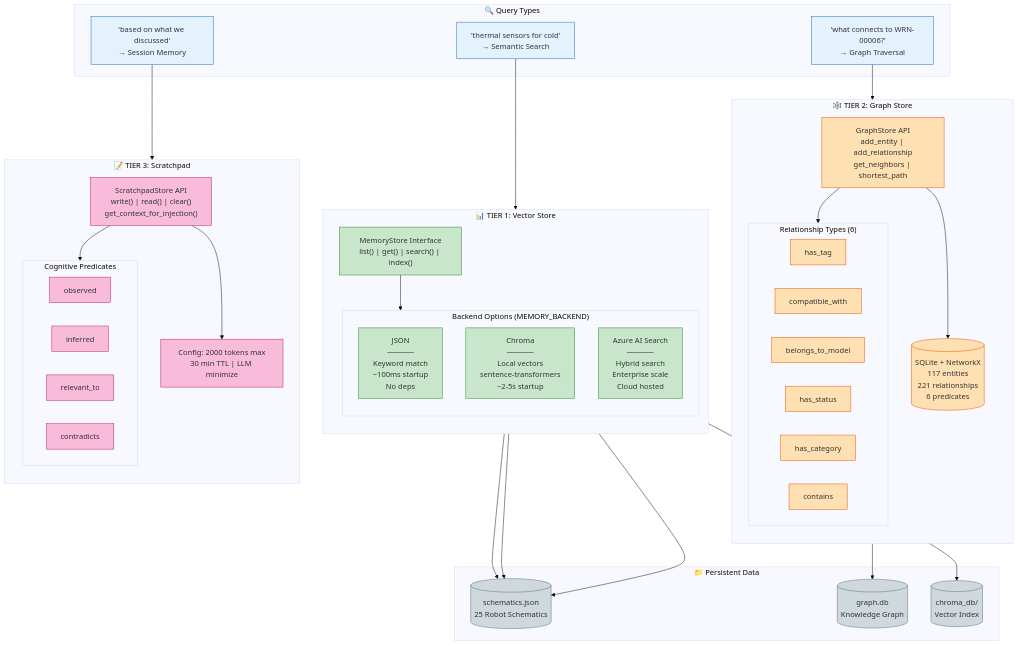
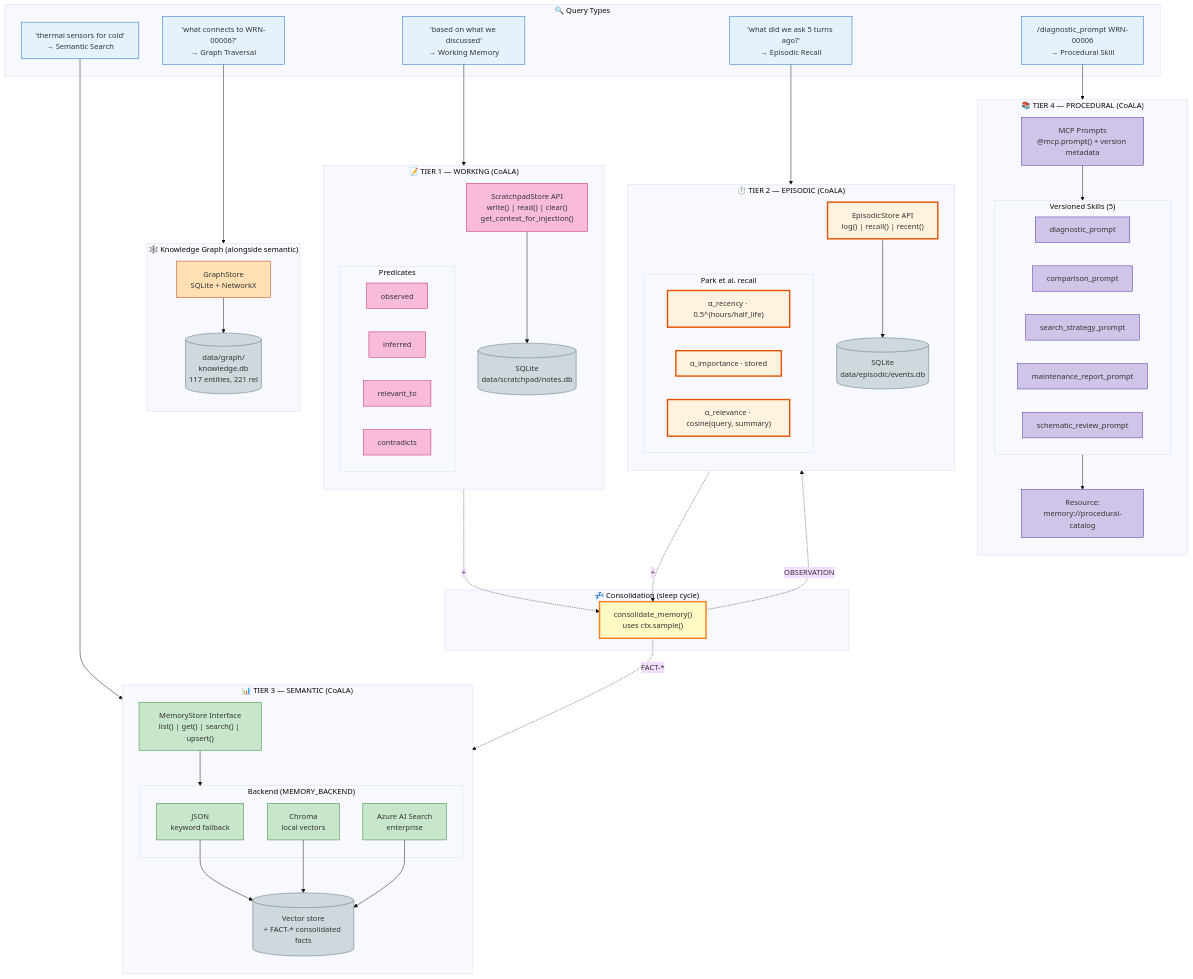
One commit to pythontime/context-engineering changed the diagram in docs/diagrams/schematica-memory-architecture.mmd. Above: the diagram before and after it, drawn with Mermaid. The commit also changed 15 other files, not shown here.

First line of the commit message:
Refresh docs + diagrams + MCP client configs to match the CoALA refit

```diff
--- a/docs/diagrams/schematica-memory-architecture.mmd
+++ b/docs/diagrams/schematica-memory-architecture.mmd
@@ -1,78 +1,106 @@
 %%{init: {'theme': 'base'}}%%
 flowchart TB
     subgraph Queries["🔍 Query Types"]
-        Q1["'thermal sensors for cold'\n→ Semantic Search"]
-        Q2["'what connects to WRN-00006?'\n→ Graph Traversal"]
-        Q3["'based on what we discussed'\n→ Session Memory"]
+        Q1["'thermal sensors for cold'<br/>→ Semantic Search"]
+        Q2["'what connects to WRN-00006?'<br/>→ Graph Traversal"]
+        Q3["'based on what we discussed'<br/>→ Working Memory"]
+        Q4["'what did we ask 5 turns ago?'<br/>→ Episodic Recall"]
+        Q5["/diagnostic_prompt WRN-00006<br/>→ Procedural Skill"]
     end
 
-    subgraph Vector["📊 TIER 1: Vector Store"]
+    subgraph Working["📝 TIER 1 — WORKING (CoALA)"]
         direction TB
-        subgraph Backends["Backend Options (MEMORY_BACKEND)"]
-            JSON["JSON\n─────\nKeyword match\n~100ms startup\nNo deps"]
-            CHROMA["Chroma\n─────\nLocal vectors\nsentence-transformers\n~2-5s startup"]
-            AZURE["Azure AI Search\n─────\nHybrid search\nEnterprise scale\nCloud hosted"]
-        end
-        VAPI["MemoryStore Interface\nlist() | get() | search() | index()"]
-    end
-
-    subgraph Graph["🕸️ TIER 2: Graph Store"]
-        direction TB
-        GAPI["GraphStore API\nadd_entity | add_relationship\nget_neighbors | shortest_path"]
-        subgraph Predicates["Relationship Types (6)"]
-            P1["has_tag"]
-            P2["compatible_with"]
-            P3["belongs_to_model"]
-            P4["has_status"]
-            P5["has_category"]
-            P6["contains"]
-        end
-        GDB[("SQLite + NetworkX\n117 entities\n221 relationships\n6 predicates")]
-    end
-
-    subgraph Scratch["📝 TIER 3: Scratchpad"]
-        direction TB
-        SAPI["ScratchpadStore API\nwrite() | read() | clear()\nget_context_for_injection()"]
-        subgraph Cognitive["Cognitive Predicates"]
+        SAPI["ScratchpadStore API<br/>write() | read() | clear()<br/>get_context_for_injection()"]
+        subgraph Cognitive["Predicates"]
             C1["observed"]
             C2["inferred"]
             C3["relevant_to"]
             C4["contradicts"]
         end
-        SCONF["Config: 2000 tokens max\n30 min TTL | LLM minimize"]
+        SDB[("SQLite<br/>data/scratchpad/notes.db")]
     end
 
-    subgraph Data["📁 Persistent Data"]
-        SJSON[("schematics.json\n25 Robot Schematics")]
-        SGRPH[("graph.db\nKnowledge Graph")]
-        SCHRM[("chroma_db/\nVector Index")]
+    subgraph Episodic["⏱️ TIER 2 — EPISODIC (CoALA)"]
+        direction TB
+        EAPI["EpisodicStore API<br/>log() | recall() | recent()"]
+        subgraph Recall["Park et al. recall"]
+            R1["α_recency · 0.5^(hours/half_life)"]
+            R2["α_importance · stored"]
+            R3["α_relevance · cosine(query, summary)"]
+        end
+        EDB[("SQLite<br/>data/episodic/events.db")]
+    end
+
+    subgraph Semantic["📊 TIER 3 — SEMANTIC (CoALA)"]
+        direction TB
+        VAPI["MemoryStore Interface<br/>list() | get() | search() | upsert()"]
+        subgraph Backends["Backend (MEMORY_BACKEND)"]
+            JSON["JSON<br/>keyword fallback"]
+            CHROMA["Chroma<br/>local vectors"]
+            AZURE["Azure AI Search<br/>enterprise"]
+        end
+        VDB[("Vector store<br/>+ FACT-* consolidated facts")]
+    end
+
+    subgraph Procedural["📚 TIER 4 — PROCEDURAL (CoALA)"]
+        direction TB
+        PAPI["MCP Prompts<br/>@mcp.prompt() + version metadata"]
+        subgraph Prompts["Versioned Skills (5)"]
+            P1["diagnostic_prompt"]
+            P2["comparison_prompt"]
+            P3["search_strategy_prompt"]
+            P4["maintenance_report_prompt"]
+            P5["schematic_review_prompt"]
+        end
+        PCAT["Resource:<br/>memory://procedural-catalog"]
+    end
+
+    subgraph Graph["🕸️ Knowledge Graph (alongside semantic)"]
+        direction TB
+        GAPI["GraphStore<br/>SQLite + NetworkX"]
+        GDB[("data/graph/<br/>knowledge.db<br/>117 entities, 221 rel")]
+    end
+
+    subgraph Consolidation["💤 Consolidation (sleep cycle)"]
+        CCY["consolidate_memory()<br/>uses ctx.sample()"]
     end
 
     Q1 --> VAPI
     Q2 --> GAPI
     Q3 --> SAPI
+    Q4 --> EAPI
+    Q5 --> PAPI
 
     VAPI --> Backends
-    JSON --> SJSON
-    CHROMA --> SJSON
-    CHROMA --> SCHRM
-    AZURE --> SJSON
+    JSON --> VDB
+    CHROMA --> VDB
+    AZURE --> VDB
 
-    GAPI --> Predicates
+    SAPI --> SDB
+    EAPI --> EDB
     GAPI --> GDB
-    GDB --> SGRPH
+    PAPI --> Prompts
+    Prompts --> PCAT
 
-    SAPI --> Cognitive
-    SAPI --> SCONF
+    SDB -.->|"+"| CCY
+    EDB -.->|"+"| CCY
+    CCY -.->|"FACT-*"| VDB
+    CCY -.->|"OBSERVATION"| EDB
 
     classDef queryNode fill:#e3f2fd,stroke:#1565c0
-    classDef vectorNode fill:#c8e6c9,stroke:#2e7d32
-    classDef graphNode fill:#ffe0b2,stroke:#e65100
-    classDef scratchNode fill:#f8bbd9,stroke:#c2185b
+    classDef workingNode fill:#f8bbd9,stroke:#c2185b
+    classDef episodicNode fill:#fff3e0,stroke:#e65100,stroke-width:3px
+    classDef semanticNode fill:#c8e6c9,stroke:#2e7d32
+    classDef proceduralNode fill:#d1c4e9,stroke:#4527a0
+    classDef graphNode fill:#ffe0b2,stroke:#bf360c
     classDef dataNode fill:#cfd8dc,stroke:#546e7a
+    classDef consolNode fill:#fff9c4,stroke:#f57f17,stroke-width:3px
 
-    class Q1,Q2,Q3 queryNode
-    class JSON,CHROMA,AZURE,VAPI vectorNode
-    class GAPI,P1,P2,P3,P4,P5,P6,GDB graphNode
-    class SAPI,C1,C2,C3,C4,SCONF scratchNode
-    class SJSON,SGRPH,SCHRM dataNode
+    class Q1,Q2,Q3,Q4,Q5 queryNode
+    class SAPI,C1,C2,C3,C4 workingNode
+    class EAPI,R1,R2,R3 episodicNode
+    class VAPI,JSON,CHROMA,AZURE semanticNode
+    class PAPI,P1,P2,P3,P4,P5,PCAT proceduralNode
+    class GAPI graphNode
+    class SDB,EDB,VDB,GDB dataNode
+    class CCY consolNode
```
